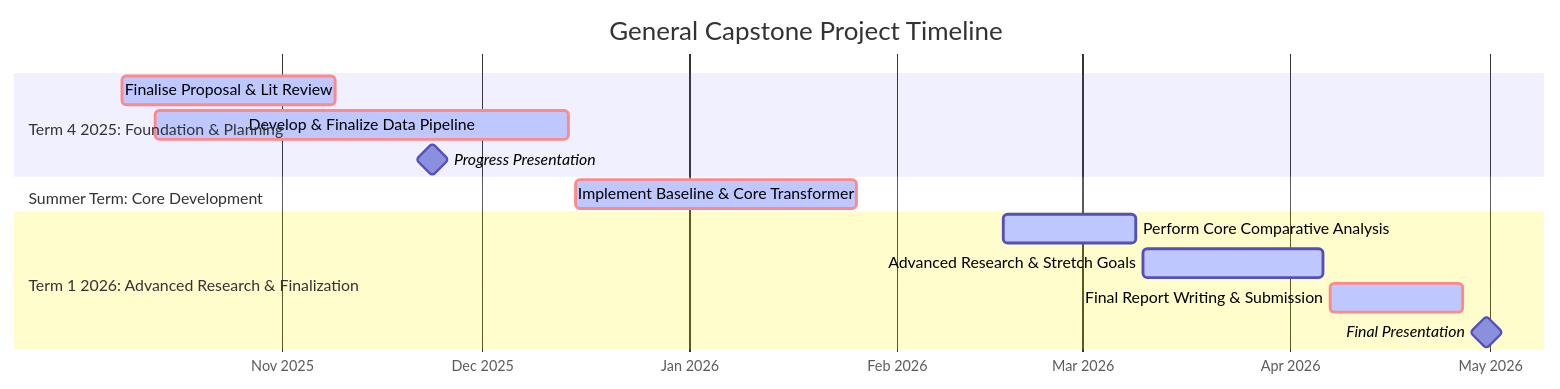
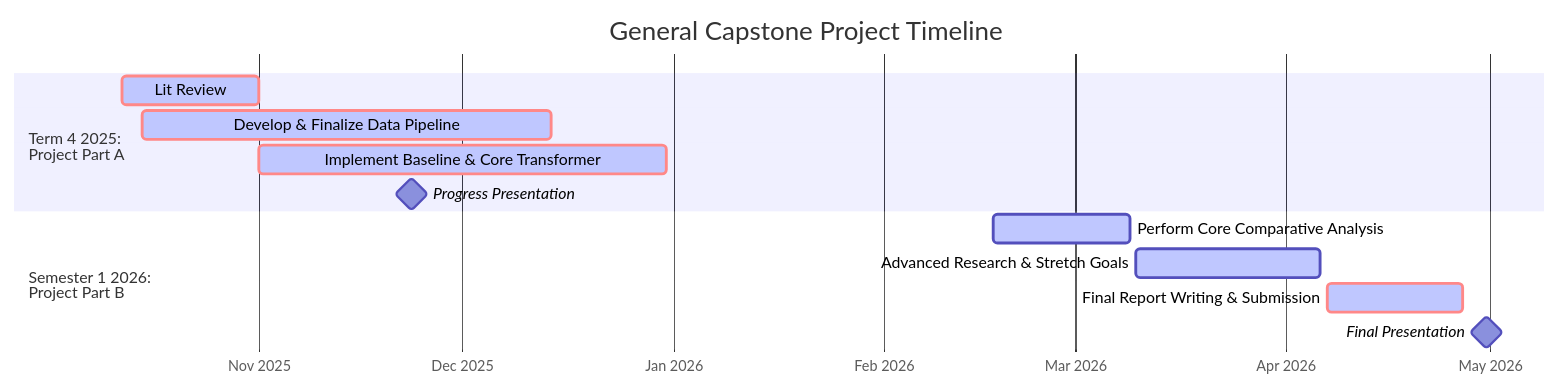
Before and after one commit to CraigAA/CAN_Reverse_Engineering_Project: the diagram in README.md, drawn with Mermaid.

````diff
--- a/README.md
+++ b/README.md
@@ -18,23 +18,21 @@
 ```mermaid
 gantt
     title General Capstone Project Timeline
     dateFormat  YYYY-MM-DD
     axisFormat  %b %Y
     tickInterval 1month
 
-    section Term 4 2025: Foundation & Planning
-    Finalise Proposal & Lit Review :crit, active, planning, 2025-10-08, 2025-11-09
-    Develop & Finalize Data Pipeline :crit, active, pipeline, 2025-10-13, 2025-12-14
+    section Term 4 2025: <br>Project Part A
+    Lit Review :crit, active, planning, 2025-10-12, 2025-11-01
+    Develop & Finalize Data Pipeline :crit, active, pipeline, 2025-10-15, 2025-12-14
+    Implement Baseline & Core Transformer :crit, active, coredev, 2025-11-01, 2025-12-31
     Progress Presentation          :milestone, pp, 2025-11-23, 1d
-
-    section Summer Term: Core Development
-    Implement Baseline & Core Transformer :crit, active, coredev, 2025-12-15, 2026-01-26
     
-    %% --- Note: Project Break from Late Jan to Mid-Feb ---
+    %% ---Project Break from Late Jan to Mid-Feb ---
     
-    section Term 1 2026: Advanced Research & Finalization
+    section Semester 1 2026: <br>Project Part B
     Perform Core Comparative Analysis :active, cca, 2026-02-17, 2026-03-09
     Advanced Research & Stretch Goals  :active, stretch, 2026-03-10, 2026-04-06
     Final Report Writing & Submission  :crit, active, report, 2026-04-07, 2026-04-27
     Final Presentation                 :milestone, fpp, 2026-04-30, 1d
 ```
````
